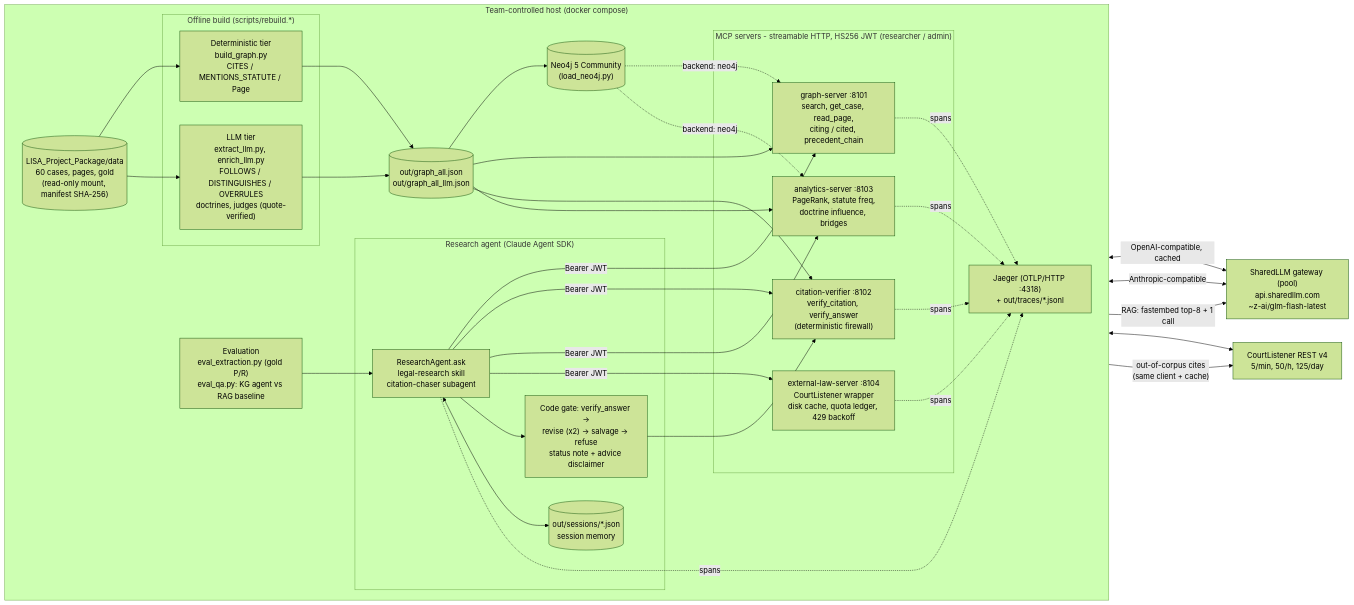
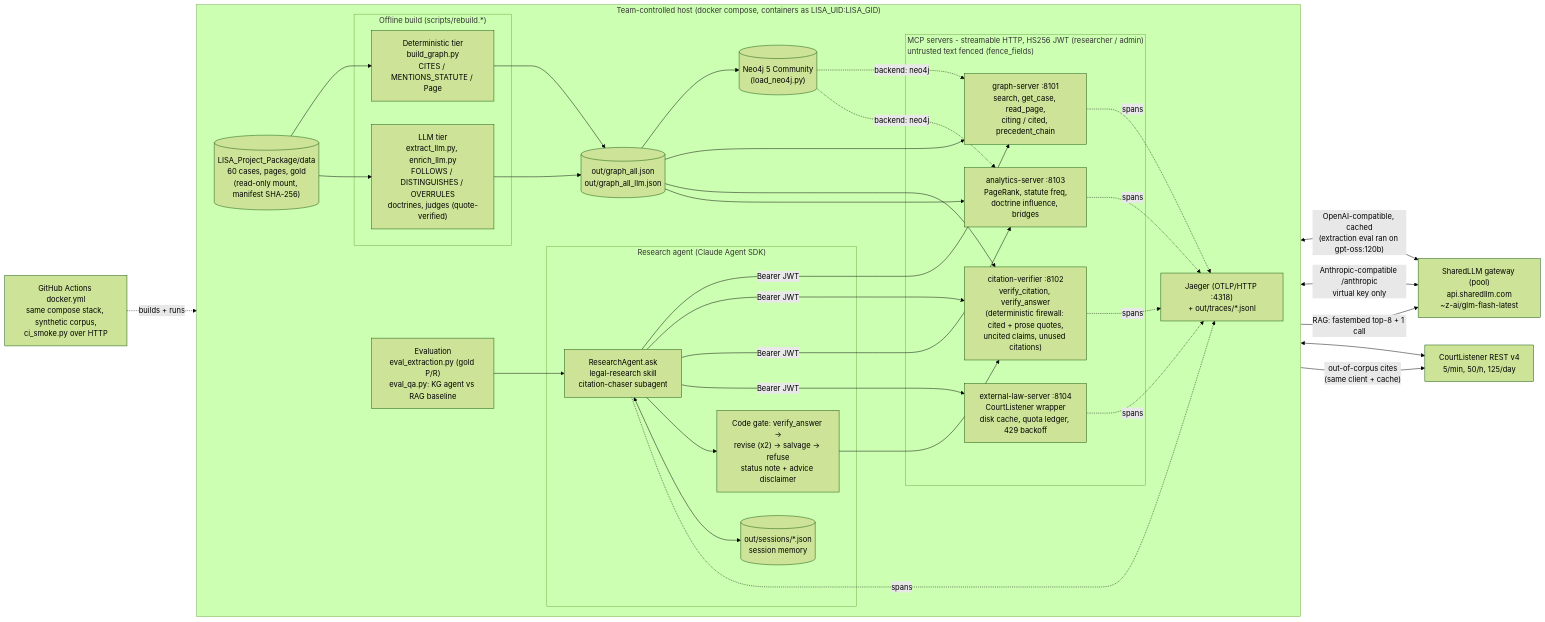
The diagram in diagrams/architecture.mmd (bhargavlukka/lisa-legal-kg), drawn with Mermaid (forest theme) before and after one commit. The commit also changed 5 other files, not shown here.

Commit message:
docs: consistency pass - verifier hardening, field fencing, auth secret rules, per-service secrets, host UID, CI stack run, model history

````diff
--- a/diagrams/architecture.mmd
+++ b/diagrams/architecture.mmd
@@ -1,43 +1,45 @@
 %% LISA full system. Render: GitHub shows ```mermaid blocks natively (docs/architecture.md), or `npx @mermaid-js/mermaid-cli -i diagrams/architecture.mmd -o diagrams/architecture.svg`.
 flowchart LR
-  subgraph Host["Team-controlled host (docker compose)"]
+  subgraph Host["Team-controlled host (docker compose, containers as LISA_UID:LISA_GID)"]
     direction LR
     DATA[("LISA_Project_Package/data<br/>60 cases, pages, gold<br/>(read-only mount, manifest SHA-256)")]
     subgraph Build["Offline build (scripts/rebuild.*)"]
       DET["Deterministic tier<br/>build_graph.py<br/>CITES / MENTIONS_STATUTE / Page"]
       LLMX["LLM tier<br/>extract_llm.py, enrich_llm.py<br/>FOLLOWS / DISTINGUISHES / OVERRULES<br/>doctrines, judges (quote-verified)"]
     end
     GJSON[("out/graph_all.json<br/>out/graph_all_llm.json")]
     NEO[("Neo4j 5 Community<br/>(load_neo4j.py)")]
-    subgraph MCP["MCP servers - streamable HTTP, HS256 JWT (researcher / admin)"]
+    subgraph MCP["MCP servers - streamable HTTP, HS256 JWT (researcher / admin)<br/>untrusted text fenced (fence_fields)"]
       G["graph-server :8101<br/>search, get_case, read_page,<br/>citing / cited, precedent_chain"]
-      V["citation-verifier :8102<br/>verify_citation, verify_answer<br/>(deterministic firewall)"]
+      V["citation-verifier :8102<br/>verify_citation, verify_answer<br/>(deterministic firewall: cited + prose quotes,<br/>uncited claims, unused citations)"]
       A["analytics-server :8103<br/>PageRank, statute freq,<br/>doctrine influence, bridges"]
       X["external-law-server :8104<br/>CourtListener wrapper<br/>disk cache, quota ledger, 429 backoff"]
     end
     subgraph Agent["Research agent (Claude Agent SDK)"]
       AG["ResearchAgent.ask<br/>legal-research skill<br/>citation-chaser subagent"]
       GATE["Code gate: verify_answer -><br/>revise (x2) -> salvage -> refuse<br/>status note + advice disclaimer"]
       MEM[("out/sessions/*.json<br/>session memory")]
     end
     J["Jaeger (OTLP/HTTP :4318)<br/>+ out/traces/*.jsonl"]
     EV["Evaluation<br/>eval_extraction.py (gold P/R)<br/>eval_qa.py: KG agent vs RAG baseline"]
   end
   LLM["SharedLLM gateway (pool)<br/>api.sharedllm.com<br/>~z-ai/glm-flash-latest"]
   CL["CourtListener REST v4<br/>5/min, 50/h, 125/day"]
+  CI["GitHub Actions docker.yml<br/>same compose stack, synthetic corpus,<br/>ci_smoke.py over HTTP"]
 
   DATA --> DET --> GJSON
   DATA --> LLMX --> GJSON
-  LLMX <-->|"OpenAI-compatible, cached"| LLM
+  LLMX <-->|"OpenAI-compatible, cached<br/>(extraction eval ran on gpt-oss:120b)"| LLM
   GJSON --> NEO
   GJSON --> G & V & A
   NEO -. "backend: neo4j" .-> G & A
   X <--> CL
   V -->|"out-of-corpus cites<br/>(same client + cache)"| CL
-  AG <-->|"Anthropic-compatible"| LLM
+  AG <-->|"Anthropic-compatible /anthropic<br/>virtual key only"| LLM
   AG -->|"Bearer JWT"| G & V & A & X
   AG --> GATE --> V
   AG <--> MEM
   G & V & A & X & AG -. spans .-> J
   EV --> AG
   EV -->|"RAG: fastembed top-8 + 1 call"| LLM
+  CI -. "builds + runs" .-> MCP
````
